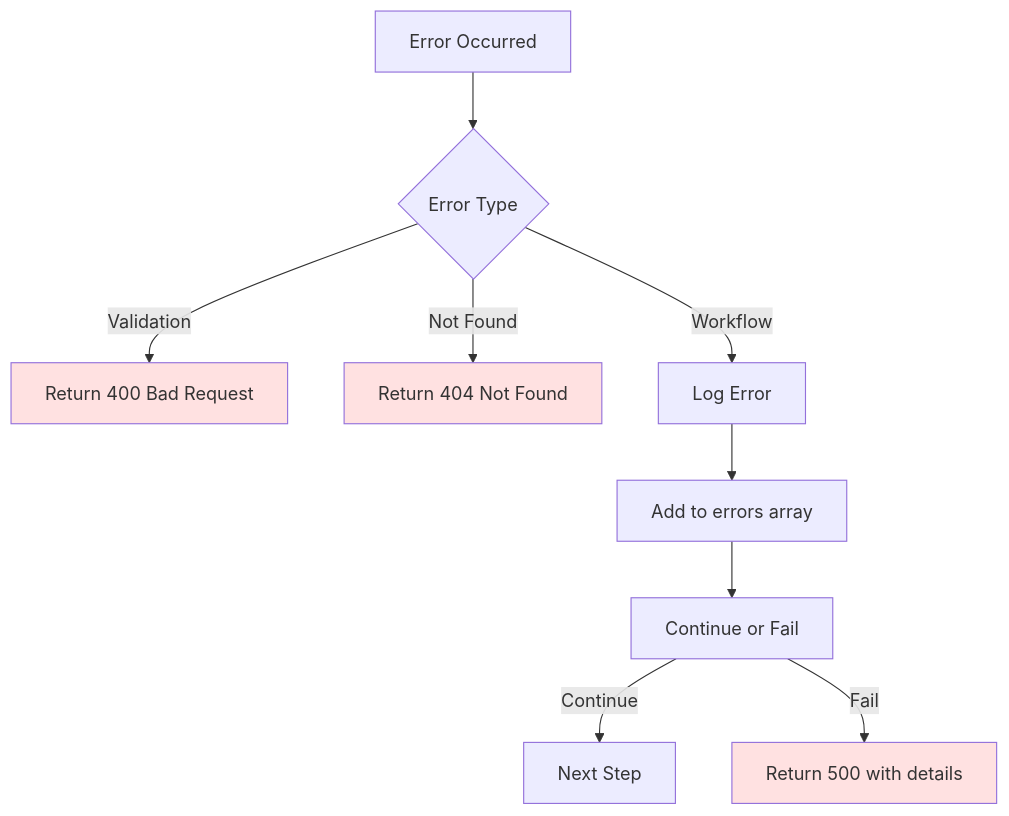
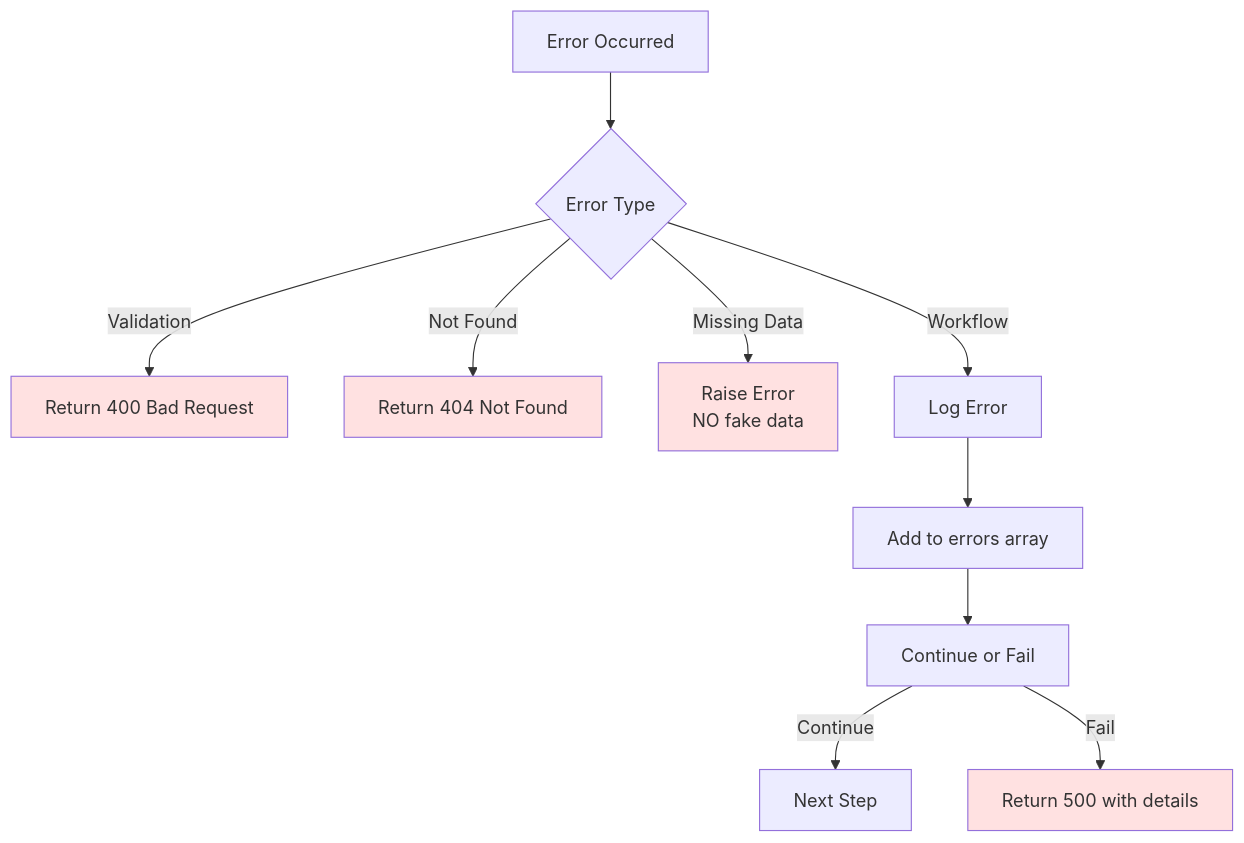
One commit to Yasser1AITLAZIZ/sfd-clm changed diagram 13 of 14 in docs/PIPELINE_FLOW.md. Above: the diagram before and after it, drawn with Mermaid. The commit also changed other lines of this file and 40 other files, not shown here.

Commit message:
new architecture setup

````diff
--- a/docs/PIPELINE_FLOW.md
+++ b/docs/PIPELINE_FLOW.md
@@ -367,15 +663,17 @@
 ```mermaid
 flowchart TD
     A[Error Occurred] --> B{Error Type}
     B -->|Validation| C[Return 400 Bad Request]
     B -->|Not Found| D[Return 404 Not Found]
-    B -->|Workflow| E[Log Error]
-    E --> F[Add to errors array]
-    F --> G[Continue or Fail]
-    G -->|Continue| H[Next Step]
-    G -->|Fail| I[Return 500 with details]
+    B -->|Missing Data| E[Raise Error<br/>NO fake data]
+    B -->|Workflow| F[Log Error]
+    F --> G[Add to errors array]
+    G --> H[Continue or Fail]
+    H -->|Continue| I[Next Step]
+    H -->|Fail| J[Return 500 with details]
     
     style C fill:#ffe1e1
     style D fill:#ffe1e1
-    style I fill:#ffe1e1
+    style E fill:#ffe1e1
+    style J fill:#ffe1e1
 ```
````
